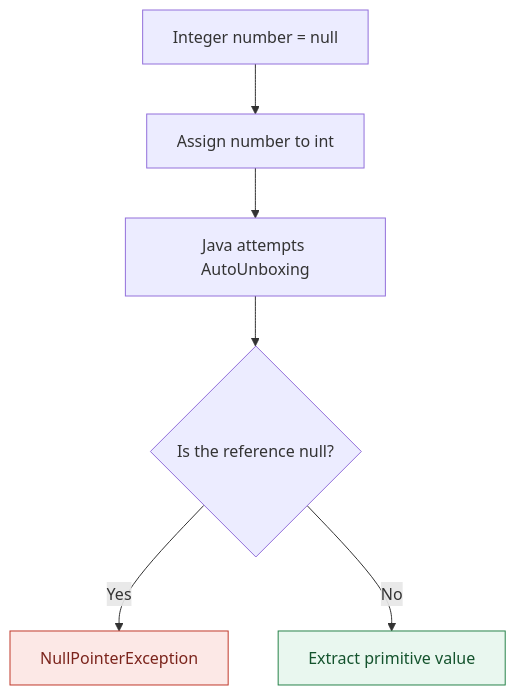
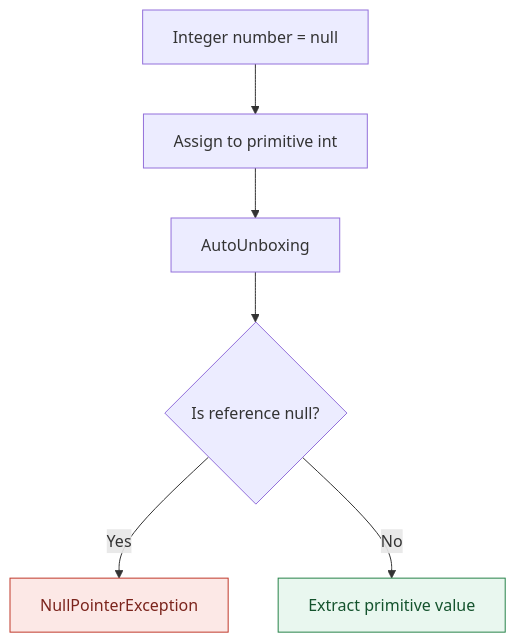
The fourth of 11 diagrams in src/J08_ObjectOrientedProgramming/L11_AutoBoxingAndPOJOs/README.md (VivekCodes07/TheDSAJournal), drawn with Mermaid before and after one commit. The commit also changed other lines of this file and 19 other files, not shown here.

````diff
--- a/src/J08_ObjectOrientedProgramming/L11_AutoBoxingAndPOJOs/README.md
+++ b/src/J08_ObjectOrientedProgramming/L11_AutoBoxingAndPOJOs/README.md
@@ -653,11 +700,11 @@
 ```mermaid
 flowchart TD
-    A["Integer number = null"] --> B["Assign number to int"]
-    B --> C["Java attempts AutoUnboxing"]
-    C --> D{"Is the reference null?"}
+    A["Integer number = null"] --> B["Assign to primitive int"]
+    B --> C["AutoUnboxing"]
+    C --> D{"Is reference null?"}
     D -->|"Yes"| E["NullPointerException"]
     D -->|"No"| F["Extract primitive value"]
 
     style E fill:#FCE8E6,stroke:#C0392B,color:#7B241C
     style F fill:#E9F7EF,stroke:#27834A,color:#14532D
 ```
````
